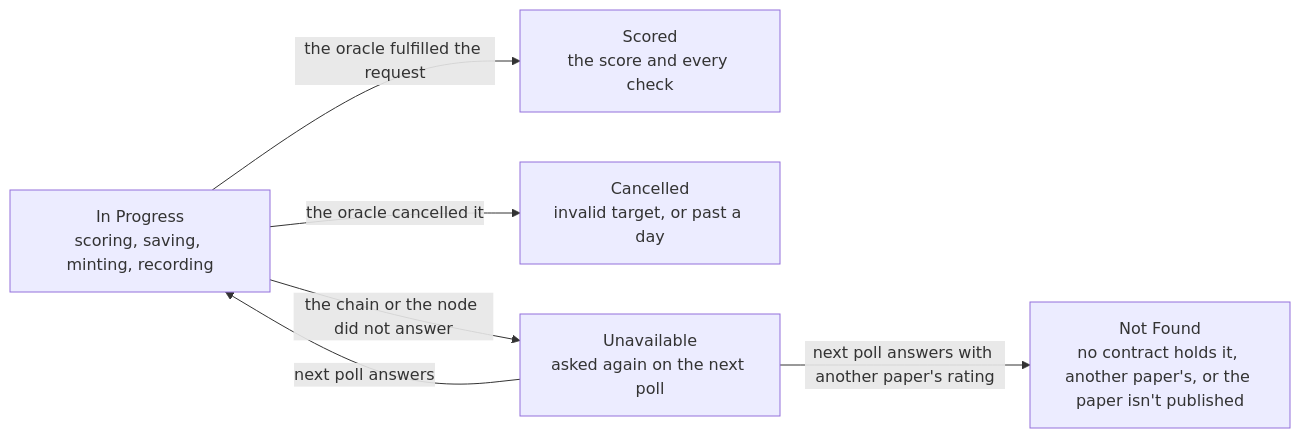
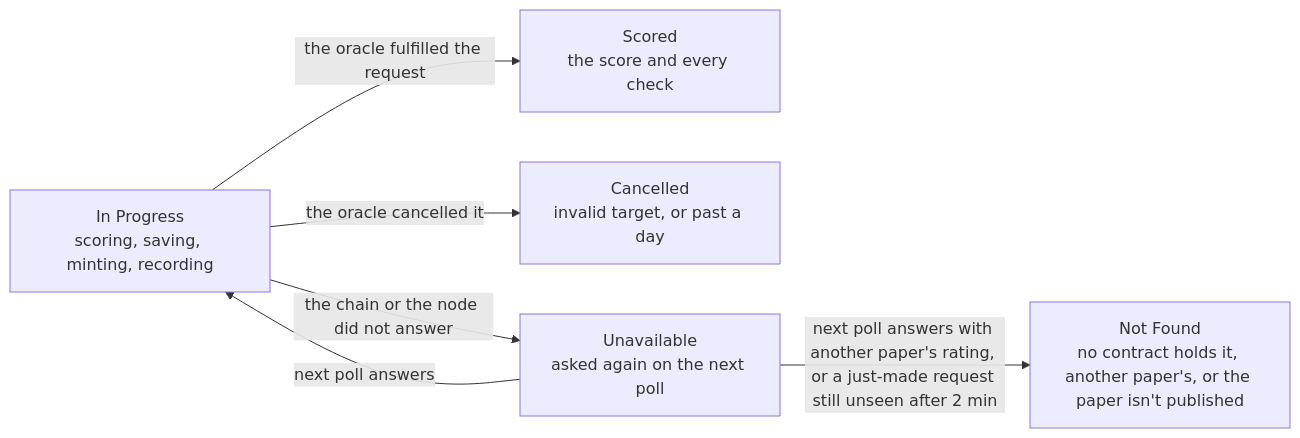
The diagram in .omm/state-transitions/rating-page/diagram.mmd (SiegfriedBz/labstrail), drawn with Mermaid before and after one commit. The commit also changed 46 other files, not shown here.

```diff
--- a/.omm/state-transitions/rating-page/diagram.mmd
+++ b/.omm/state-transitions/rating-page/diagram.mmd
@@ -1,6 +1,6 @@
 graph LR
     in-progress["In Progress\nscoring, saving, minting, recording"] -->|"the oracle fulfilled the request"| scored["Scored\nthe score and every check"]
     in-progress -->|"the oracle cancelled it"| cancelled["Cancelled\ninvalid target, or past a day"]
     in-progress -->|"the chain or the node did not answer"| unavailable["Unavailable\nasked again on the next poll"]
     unavailable -->|"next poll answers"| in-progress
-    unavailable -->|"next poll answers with another paper's rating"| not-found["Not Found\nno contract holds it, another paper's, or the paper isn't published"]
+    unavailable -->|"next poll answers with another paper's rating, or a just-made request still unseen after 2 min"| not-found["Not Found\nno contract holds it, another paper's, or the paper isn't published"]
```
